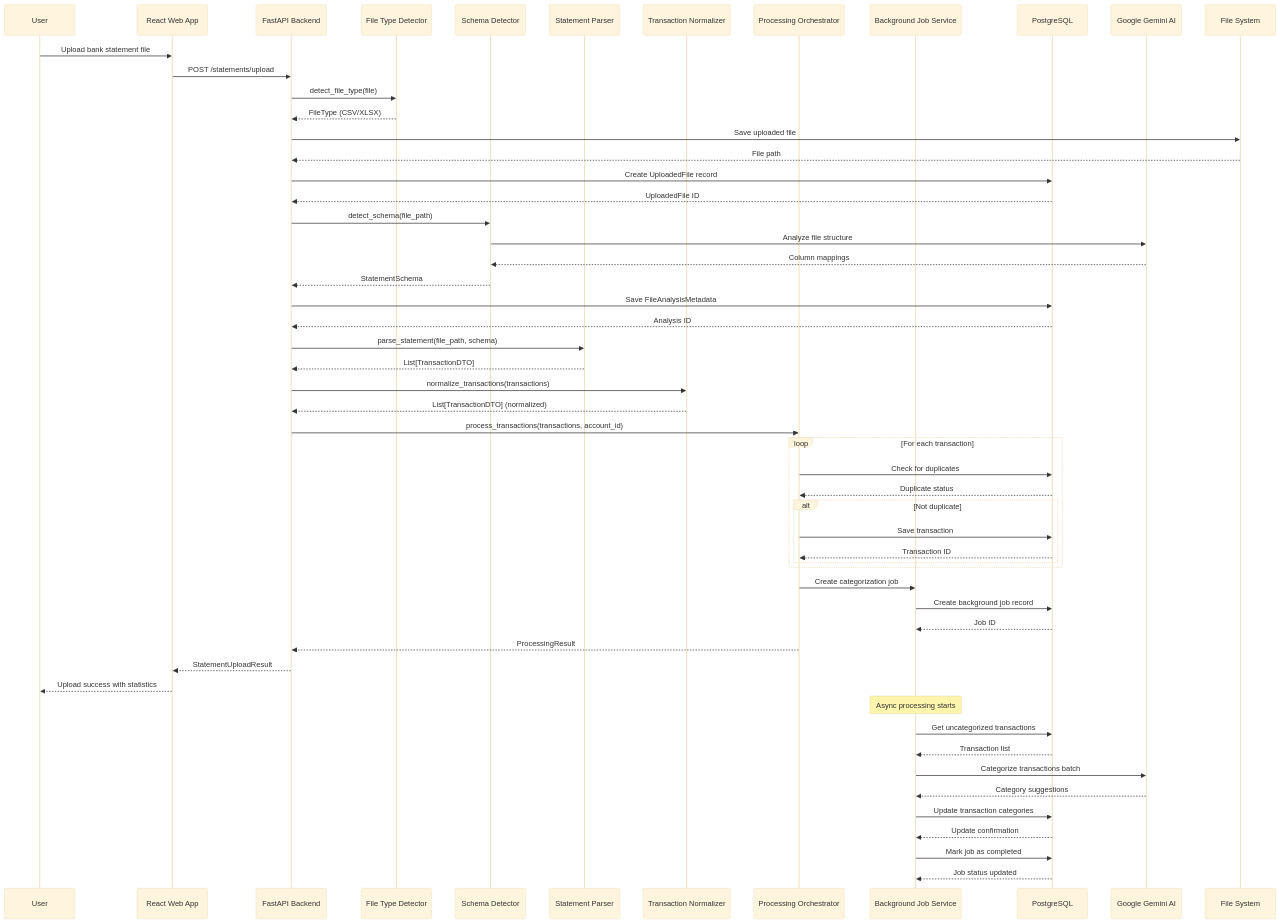
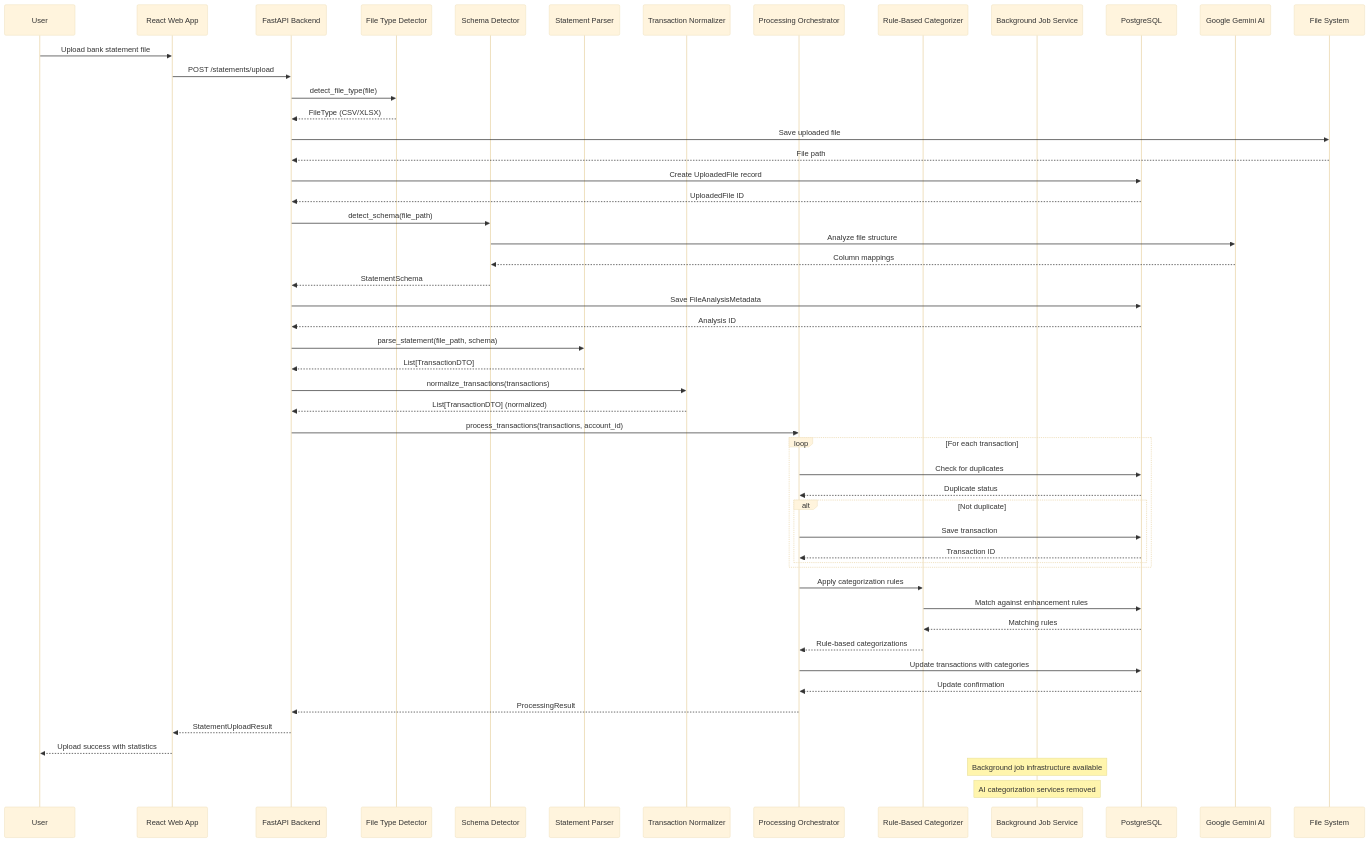
One commit to psousa50/statements_ai_v7 changed the diagram in docs/architecture/sequence-statement-processing.md. Above: the diagram before and after it, drawn with Mermaid (base theme). The commit also changed other lines of this file and 1 other file, not shown here.

Commit message:
refactor: Update sequence diagrams and architecture documentation to reflect removal of AI categorization and counterparty services

````diff
--- a/docs/architecture/sequence-statement-processing.md
+++ b/docs/architecture/sequence-statement-processing.md
@@ -5,74 +5,69 @@
 ```mermaid
 sequenceDiagram
     participant User
     participant WebApp as React Web App
     participant API as FastAPI Backend
     participant FileDetector as File Type Detector
     participant SchemaDetector as Schema Detector
     participant Parser as Statement Parser
     participant Normalizer as Transaction Normalizer
     participant Orchestrator as Processing Orchestrator
+    participant RuleCategorizer as Rule-Based Categorizer
     participant BackgroundJobs as Background Job Service
     participant Database as PostgreSQL
     participant GeminiAI as Google Gemini AI
     participant FileSystem as File System
     
     User->>WebApp: Upload bank statement file
     WebApp->>API: POST /statements/upload
     
     API->>FileDetector: detect_file_type(file)
     FileDetector-->>API: FileType (CSV/XLSX)
     
     API->>FileSystem: Save uploaded file
     FileSystem-->>API: File path
     
     API->>Database: Create UploadedFile record
     Database-->>API: UploadedFile ID
     
     API->>SchemaDetector: detect_schema(file_path)
     SchemaDetector->>GeminiAI: Analyze file structure
     GeminiAI-->>SchemaDetector: Column mappings
     SchemaDetector-->>API: StatementSchema
     
     API->>Database: Save FileAnalysisMetadata
     Database-->>API: Analysis ID
     
     API->>Parser: parse_statement(file_path, schema)
     Parser-->>API: List[TransactionDTO]
     
     API->>Normalizer: normalize_transactions(transactions)
     Normalizer-->>API: List[TransactionDTO] (normalized)
     
     API->>Orchestrator: process_transactions(transactions, account_id)
     
     loop For each transaction
         Orchestrator->>Database: Check for duplicates
         Database-->>Orchestrator: Duplicate status
         
         alt Not duplicate
             Orchestrator->>Database: Save transaction
             Database-->>Orchestrator: Transaction ID
         end
     end
     
-    Orchestrator->>BackgroundJobs: Create categorization job
-    BackgroundJobs->>Database: Create background job record
-    Database-->>BackgroundJobs: Job ID
+    Orchestrator->>RuleCategorizer: Apply categorization rules
+    RuleCategorizer->>Database: Match against enhancement rules
+    Database-->>RuleCategorizer: Matching rules
+    RuleCategorizer-->>Orchestrator: Rule-based categorizations
+    
+    Orchestrator->>Database: Update transactions with categories
+    Database-->>Orchestrator: Update confirmation
     
     Orchestrator-->>API: ProcessingResult
     API-->>WebApp: StatementUploadResult
     WebApp-->>User: Upload success with statistics
     
-    Note over BackgroundJobs: Async processing starts
-    BackgroundJobs->>Database: Get uncategorized transactions
-    Database-->>BackgroundJobs: Transaction list
-    
-    BackgroundJobs->>GeminiAI: Categorize transactions batch
-    GeminiAI-->>BackgroundJobs: Category suggestions
-    
-    BackgroundJobs->>Database: Update transaction categories
-    Database-->>BackgroundJobs: Update confirmation
-    
-    BackgroundJobs->>Database: Mark job as completed
-    Database-->>BackgroundJobs: Job status updated
+    Note over BackgroundJobs: Background job infrastructure available
+    Note over BackgroundJobs: AI categorization services removed
 ```
````
